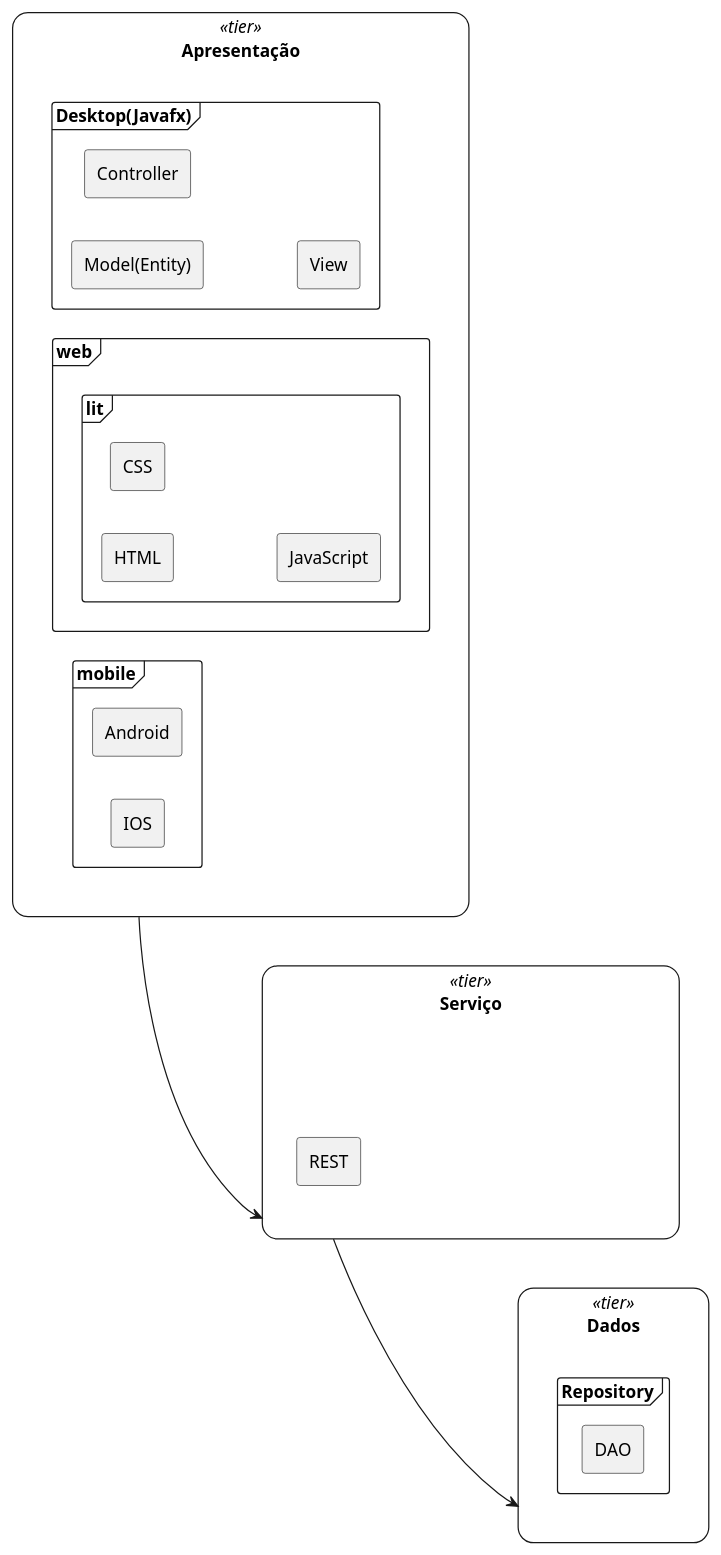
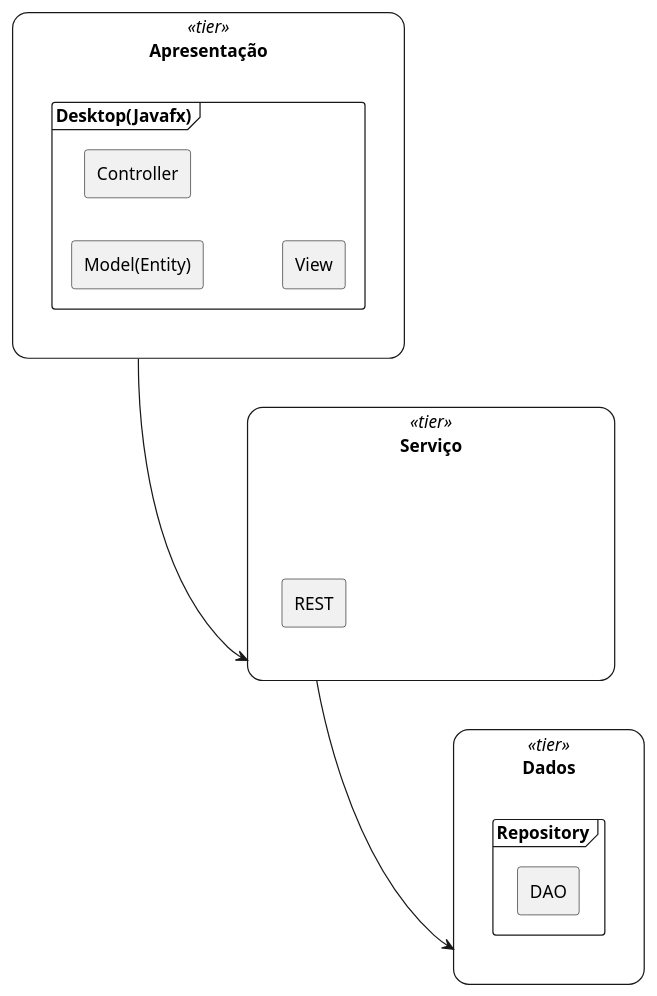
One commit to 20231-ifba-saj-ads-poo/blog-material-aula changed the first of 2 diagrams in posts/16_camadas.md. Above: the diagram before and after it, drawn with PlantUML. The commit also changed other lines of this file, not shown here.

````diff
--- a/posts/16_camadas.md
+++ b/posts/16_camadas.md
@@ -32,49 +32,38 @@
 ```plantuml
 
 skinparam rectangle {
     roundCorner<<tier>> 25
 }
 left to right direction
 rectangle Apresentação <<tier>>{
   frame "Desktop(Javafx)"{
     agent "Model(Entity)"
     agent Controller
     agent View 
-  }
-  frame web{
-    frame lit{
-      agent HTML
-      agent CSS
-      agent JavaScript 
-    }
-  }
-  frame mobile{
-    agent Android
-    agent IOS
-  }
+  }  
 }
 
 rectangle Serviço <<tier>>{
   agent REST
   agent REST2
   agent REST3
 }
 
 rectangle Dados <<tier>>{
   frame Repository{
     agent  DAO
   }
 }
 
 'CSS -[hidden]- IOS
 'IOS -[hidden]- Controller
 'Controller -[hidden]- REST
 'REST -[hidden]- Repository
 
 Apresentação --> Serviço
 Serviço --> Dados
 
 hide REST2
 hide REST3
 
 ```
````
